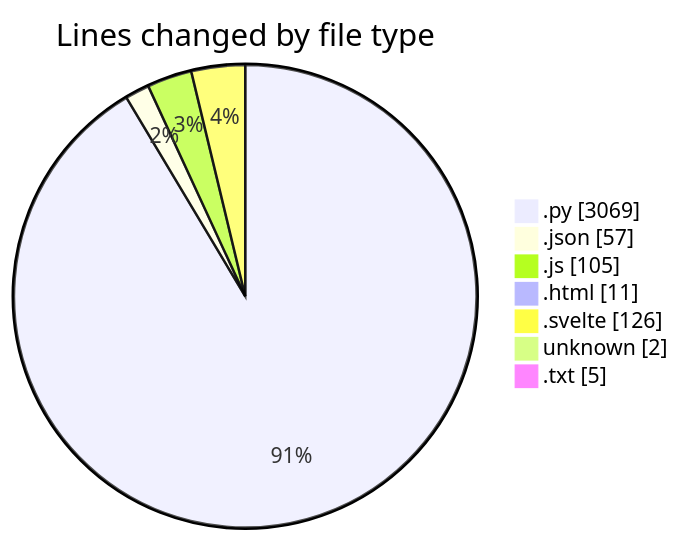
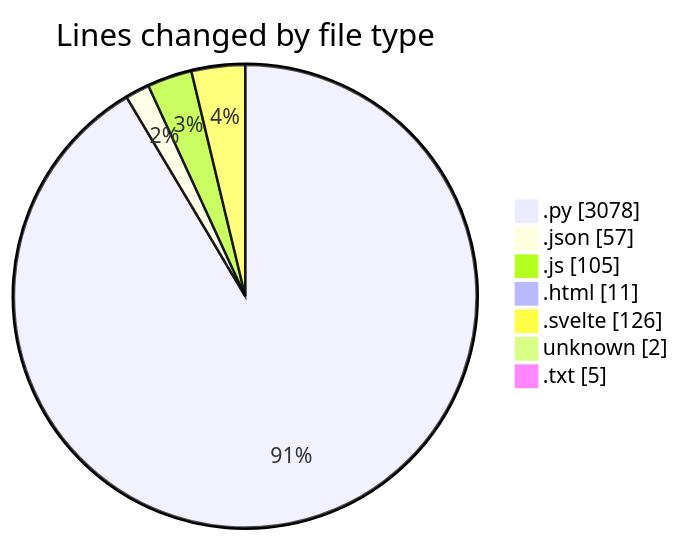
Before and after one commit to lephambinh05/code-tracking: the first of 2 diagrams in 2025-07-10/toolsopenemalpass/README.md, drawn with Mermaid. The commit also changed other lines of this file and 1 other file, not shown here.

````diff
--- a/2025-07-10/toolsopenemalpass/README.md
+++ b/2025-07-10/toolsopenemalpass/README.md
@@ -62,11 +62,11 @@
 ```mermaid
 pie showData
 title Lines changed by file type
-".py" : 3069
+".py" : 3078
 ".json" : 57
 ".js" : 105
 ".html" : 11
 ".svelte" : 126
 "unknown" : 2
 ".txt" : 5
 ```
````
